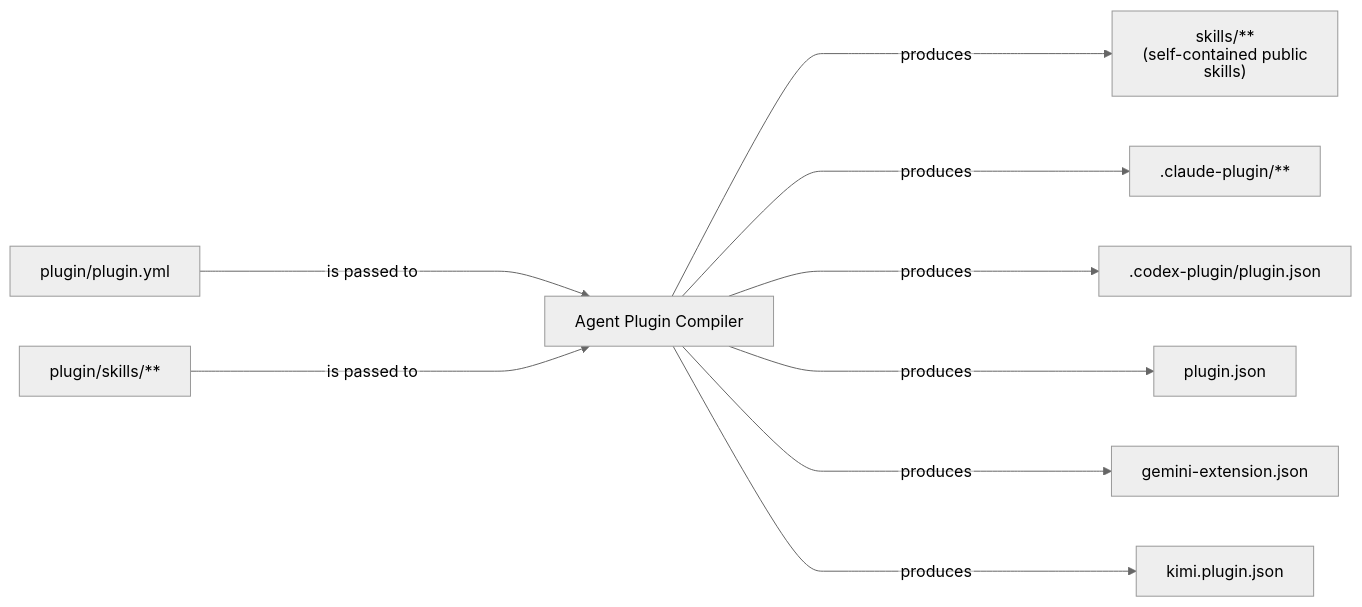
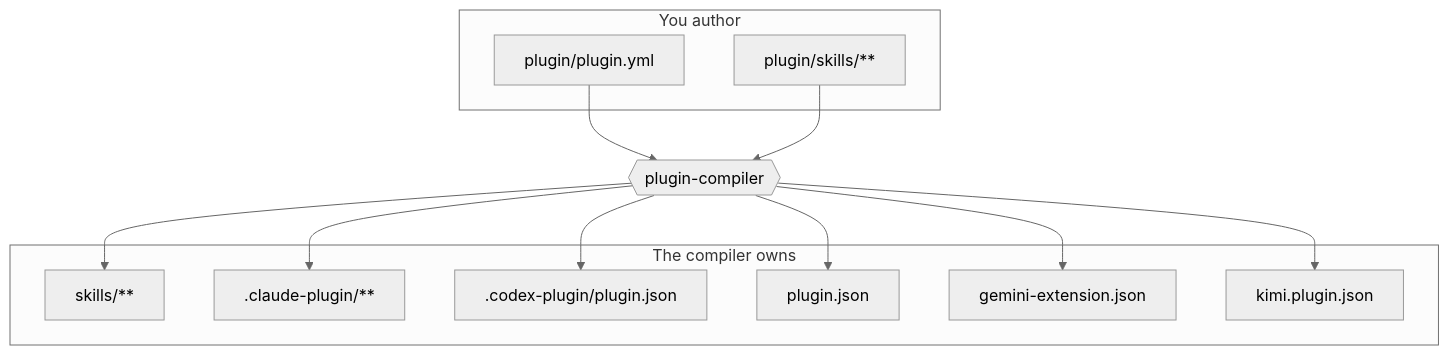
One commit to fam-tung-lam/ptlam-agent-plugin-compiler changed the diagram in README.md. Above: the diagram before and after it, drawn with Mermaid (neutral theme). The commit also changed other lines of this file, not shown here.

````diff
--- a/README.md
+++ b/README.md
@@ -49,28 +64,31 @@
 ```mermaid
 ---
 config:
   htmlLabels: false
 ---
-flowchart LR
-    PluginManifest["`plugin/plugin.yml`"]
-    SkillSources["`plugin/skills/**`"]
-    AgentPluginCompiler["`Agent Plugin Compiler`"]
-    SharedSkills["`
-        skills/**
-        (self-contained public skills)
-    `"]
-    ClaudePlugin["`.claude-plugin/**`"]
-    CodexPlugin["`.codex-plugin/plugin.json`"]
-    CopilotPlugin["`plugin.json`"]
-    GeminiExtension["`gemini-extension.json`"]
-    KimiPlugin["`kimi.plugin.json`"]
+flowchart TD
+    subgraph Authored["You author"]
+        PluginManifest["plugin/plugin.yml"]
+        SkillSources["plugin/skills/**"]
+    end
 
-    PluginManifest ------>|"`is passed to`"| AgentPluginCompiler
-    SkillSources ------>|"`is passed to`"| AgentPluginCompiler
-    AgentPluginCompiler ------>|"`produces`"| SharedSkills
-    AgentPluginCompiler ------>|"`produces`"| ClaudePlugin
-    AgentPluginCompiler ------>|"`produces`"| CodexPlugin
-    AgentPluginCompiler ------>|"`produces`"| CopilotPlugin
-    AgentPluginCompiler ------>|"`produces`"| GeminiExtension
-    AgentPluginCompiler ------>|"`produces`"| KimiPlugin
+    AgentPluginCompiler{{"plugin-compiler"}}
+
+    subgraph Generated["The compiler owns"]
+        SharedSkills["skills/**"]
+        ClaudePlugin[".claude-plugin/**"]
+        CodexPlugin[".codex-plugin/plugin.json"]
+        CopilotPlugin["plugin.json"]
+        GeminiExtension["gemini-extension.json"]
+        KimiPlugin["kimi.plugin.json"]
+    end
+
+    PluginManifest --> AgentPluginCompiler
+    SkillSources --> AgentPluginCompiler
+    AgentPluginCompiler --> SharedSkills
+    AgentPluginCompiler --> ClaudePlugin
+    AgentPluginCompiler --> CodexPlugin
+    AgentPluginCompiler --> CopilotPlugin
+    AgentPluginCompiler --> GeminiExtension
+    AgentPluginCompiler --> KimiPlugin
 ```
````
